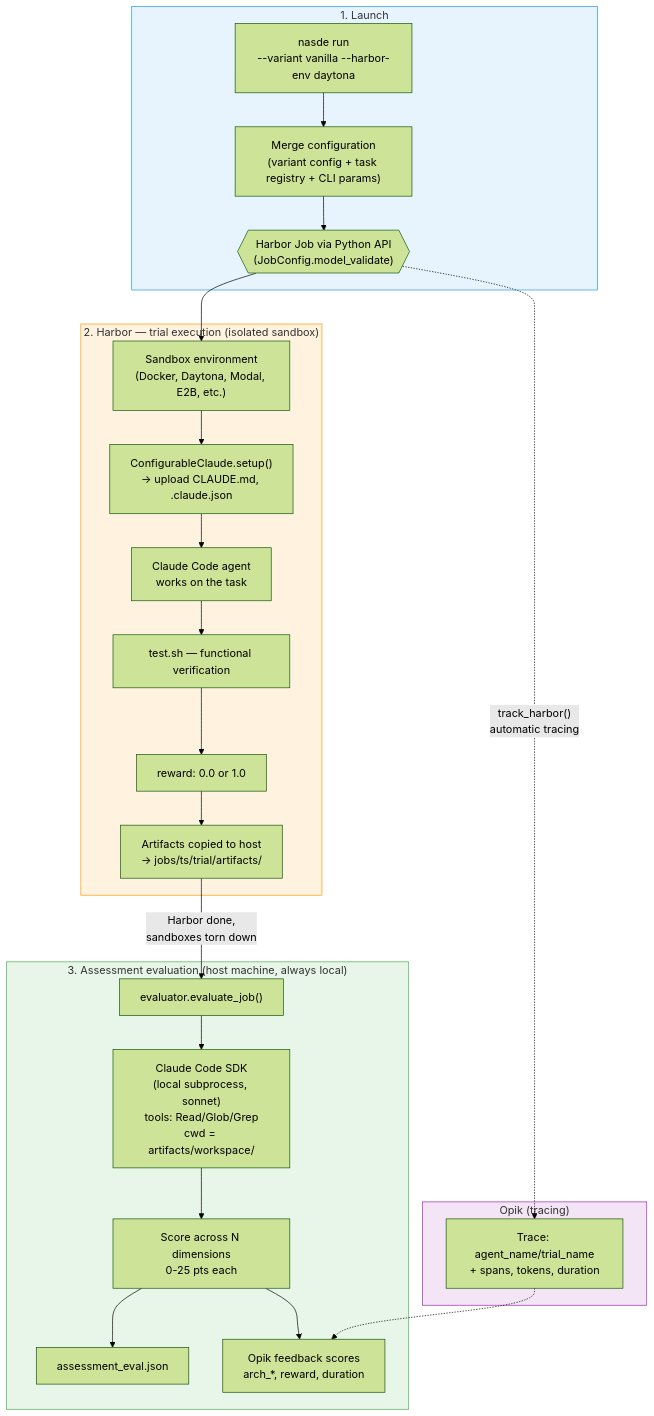
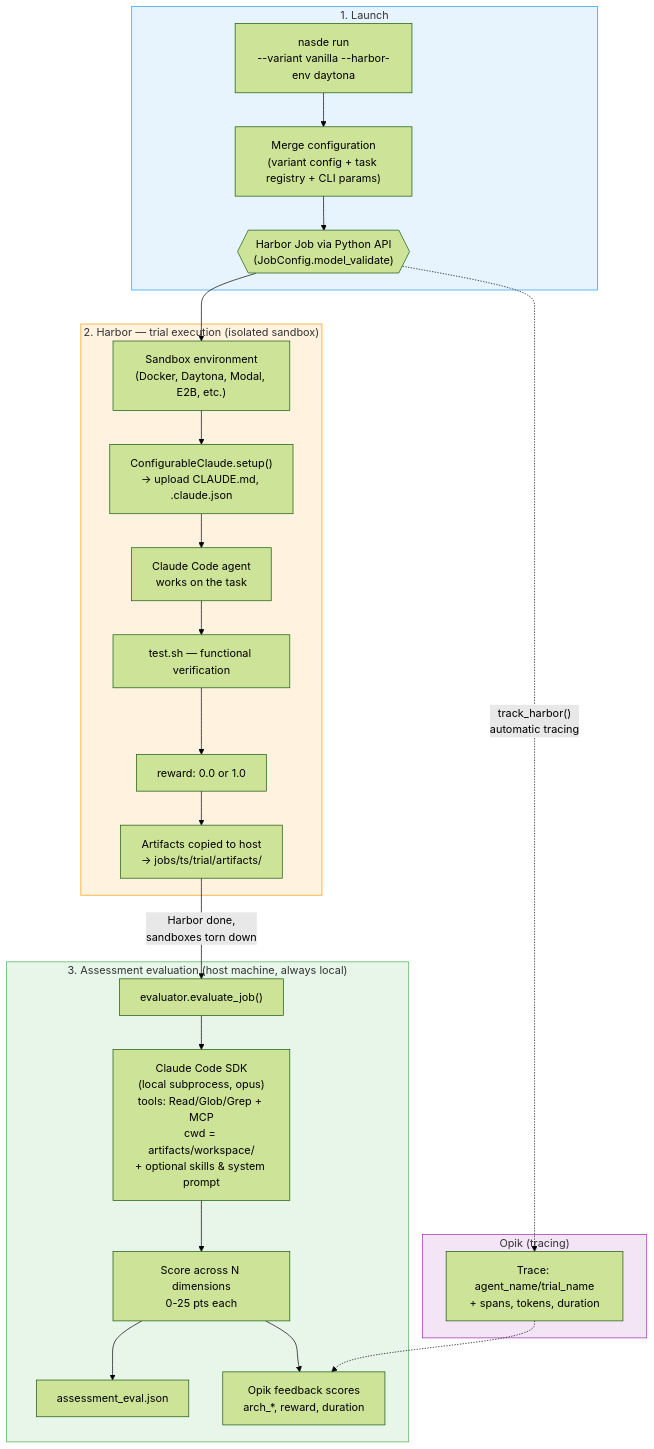
One commit to NoesisVision/nasde-toolkit changed the first of 7 diagrams in ARCHITECTURE.md. Above: the diagram before and after it, drawn with Mermaid (forest theme). The commit also changed other lines of this file and 7 other files, not shown here.

First line of the commit message:
Make evaluator agent configurable (model, MCP, skills, system prompt)

````diff
--- a/ARCHITECTURE.md
+++ b/ARCHITECTURE.md
@@ -13,36 +13,36 @@
 ```mermaid
 flowchart TB
     subgraph LAUNCH ["1. Launch"]
         CLI["nasde run\n--variant vanilla --harbor-env daytona"]
         CLI --> MERGE["Merge configuration\n(variant config + task registry + CLI params)"]
         MERGE --> JOB{{"Harbor Job via Python API\n(JobConfig.model_validate)"}}
     end
 
     subgraph HARBOR ["2. Harbor — trial execution (isolated sandbox)"]
         JOB --> SANDBOX["Sandbox environment\n(Docker, Daytona, Modal, E2B, etc.)"]
         SANDBOX --> SETUP["ConfigurableClaude.setup()\n→ upload CLAUDE.md, .claude.json"]
         SETUP --> AGENT["Claude Code agent\nworks on the task"]
         AGENT --> TEST["test.sh — functional verification"]
         TEST --> REWARD["reward: 0.0 or 1.0"]
         REWARD --> ARTIFACTS["Artifacts copied to host\n→ jobs/ts/trial/artifacts/"]
     end
 
     subgraph OPIK_TRACE ["  Opik (tracing)"]
         JOB -.->|"track_harbor()\nautomatic tracing"| TRACE["Trace: agent_name/trial_name\n+ spans, tokens, duration"]
     end
 
     subgraph ASSESSMENT ["3. Assessment evaluation (host machine, always local)"]
         ARTIFACTS -->|"Harbor done,\nsandboxes torn down"| EVAL["evaluator.evaluate_job()"]
-        EVAL --> SDK["Claude Code SDK\n(local subprocess, sonnet)\ntools: Read/Glob/Grep\ncwd = artifacts/workspace/"]
+        EVAL --> SDK["Claude Code SDK\n(local subprocess, opus)\ntools: Read/Glob/Grep + MCP\ncwd = artifacts/workspace/\n+ optional skills & system prompt"]
         SDK --> SCORE["Score across N dimensions\n0-25 pts each"]
         SCORE --> JSON_OUT["assessment_eval.json"]
         SCORE --> OPIK_FB["Opik feedback scores\narch_*, reward, duration"]
     end
 
     TRACE -.-> OPIK_FB
 
     style LAUNCH fill:#e8f4fd,stroke:#2196F3
     style HARBOR fill:#fff3e0,stroke:#FF9800
     style OPIK_TRACE fill:#f3e5f5,stroke:#9C27B0
     style ASSESSMENT fill:#e8f5e9,stroke:#4CAF50
 ```
````
